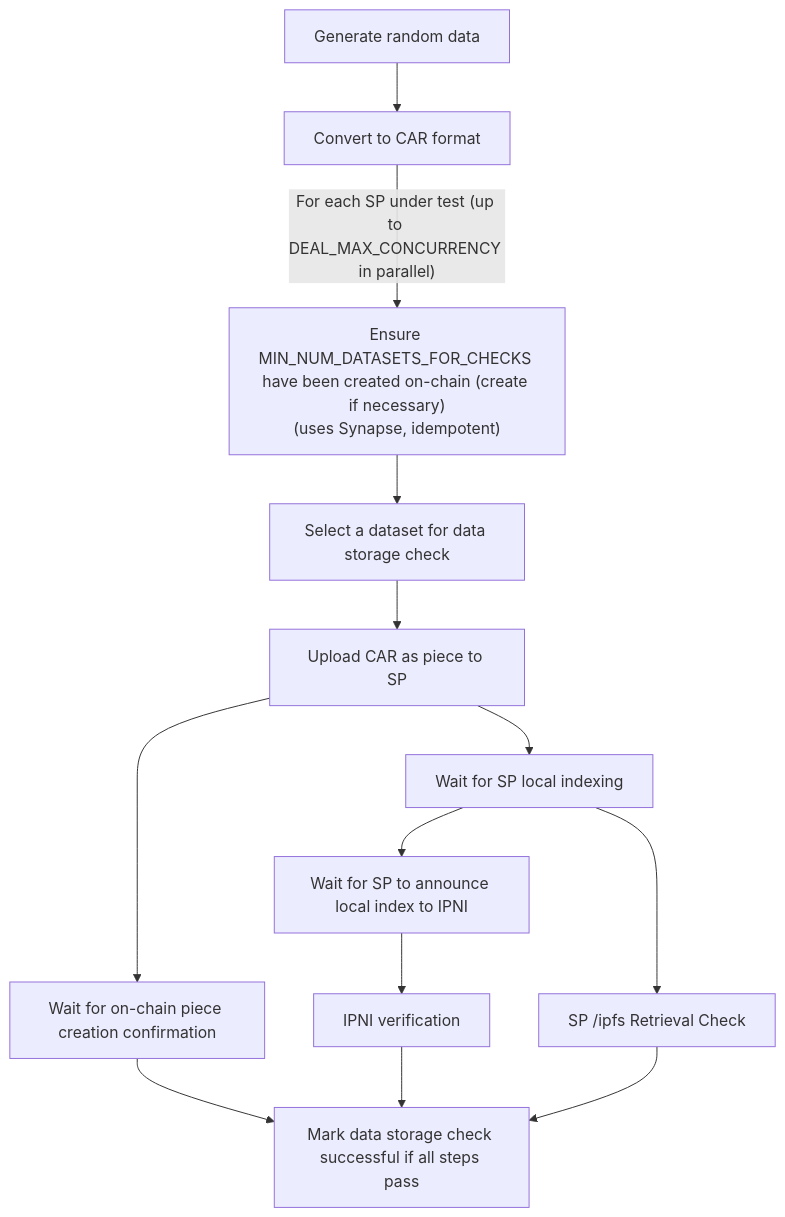
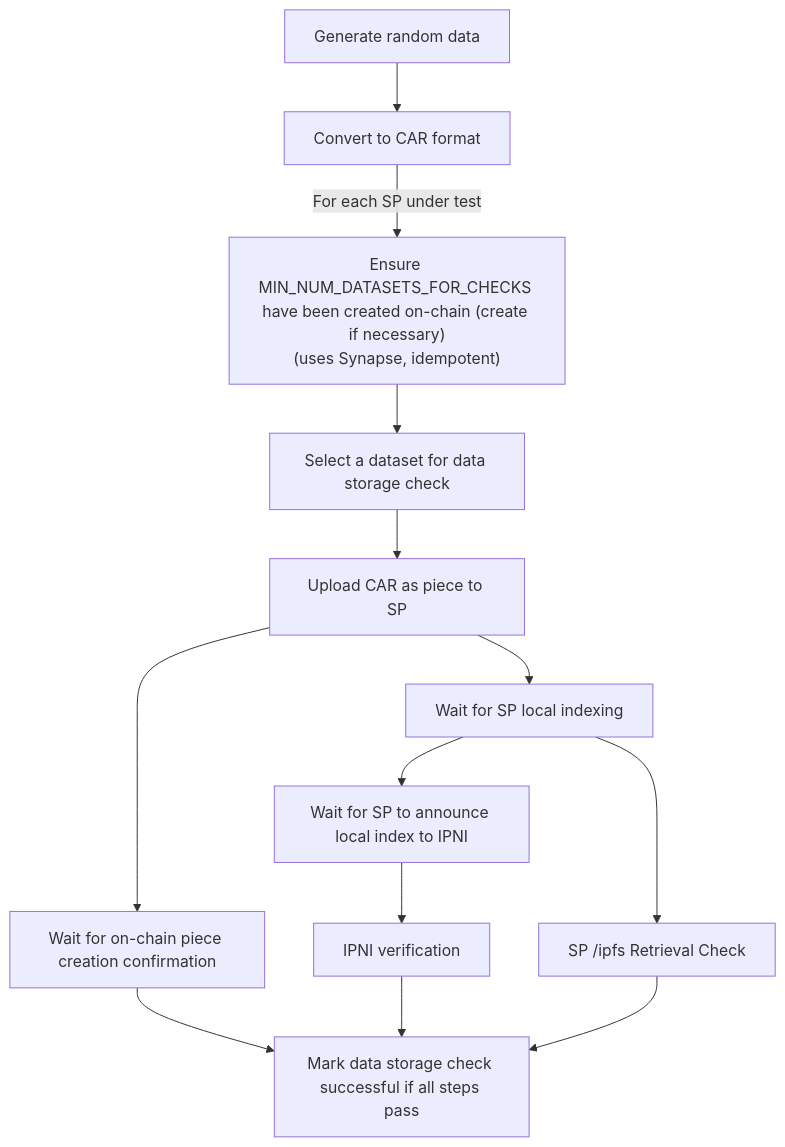
Before and after one commit to FilOzone/dealbot: the first of 2 diagrams in docs/checks/data-storage.md, drawn with Mermaid. The commit also changed other lines of this file and 4 other files, not shown here.

````diff
--- a/docs/checks/data-storage.md
+++ b/docs/checks/data-storage.md
@@ -47,15 +45,15 @@
 ```mermaid
 flowchart TD
   GenerateData["Generate random data"] --> CreateCar["Convert to CAR format"]
-  CreateCar -- "For each SP under test (up to DEAL_MAX_CONCURRENCY in parallel)" --> CreateDataSets["Ensure MIN_NUM_DATASETS_FOR_CHECKS have been created on-chain (create if necessary)<br/>(uses Synapse, idempotent)"]
+  CreateCar -- "For each SP under test" --> CreateDataSets["Ensure MIN_NUM_DATASETS_FOR_CHECKS have been created on-chain (create if necessary)<br/>(uses Synapse, idempotent)"]
   CreateDataSets --> SelectDataSet["Select a dataset for data storage check"]
   SelectDataSet --> Upload["Upload CAR as piece to SP"]
   Upload --> Chain["Wait for on-chain piece creation confirmation"]
   Upload --> LocalIndex["Wait for SP local indexing"]
   LocalIndex --> IpniAnnouncement["Wait for SP to announce local index to IPNI"]
   IpniAnnouncement --> IpniVerification["IPNI verification"]
   LocalIndex --> IpfsRetrieval["SP /ipfs Retrieval Check"]
   Chain --> CheckResults["Mark data storage check successful if all steps pass"]
   IpniVerification --> CheckResults
   IpfsRetrieval --> CheckResults
 ```
````
